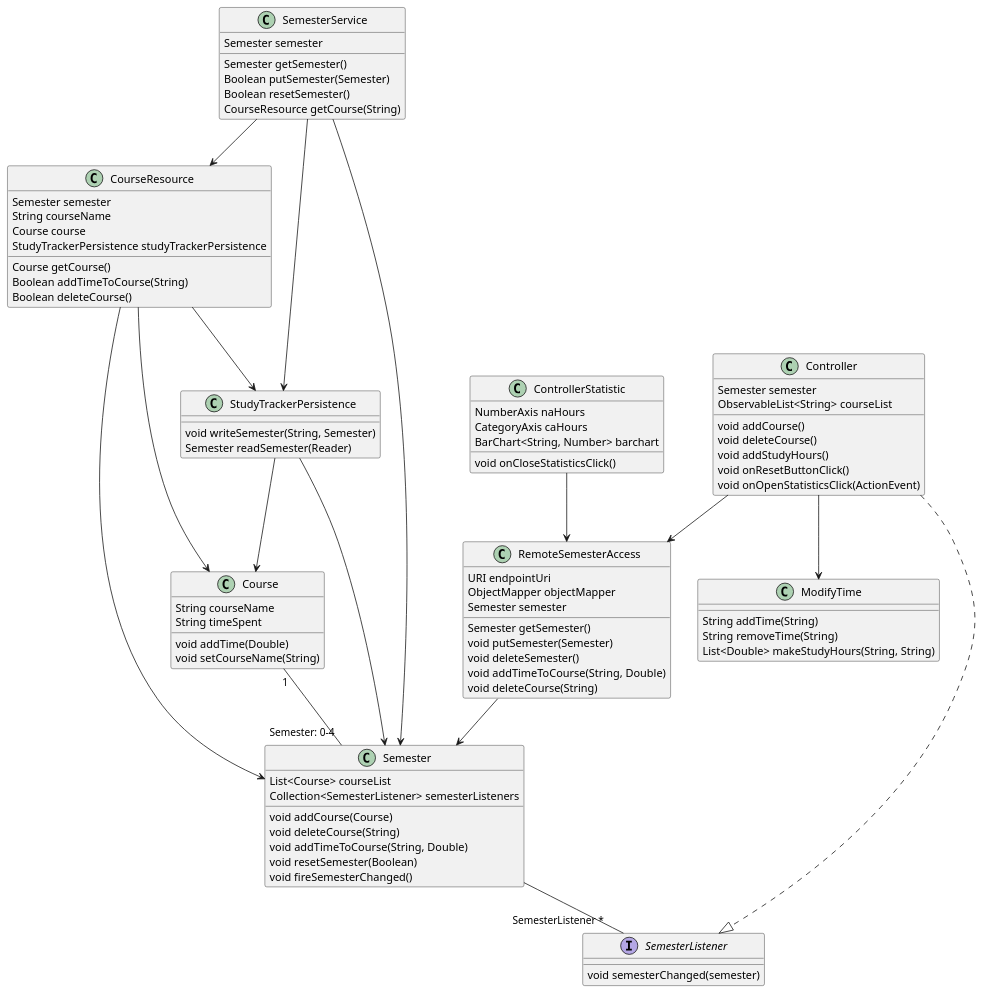
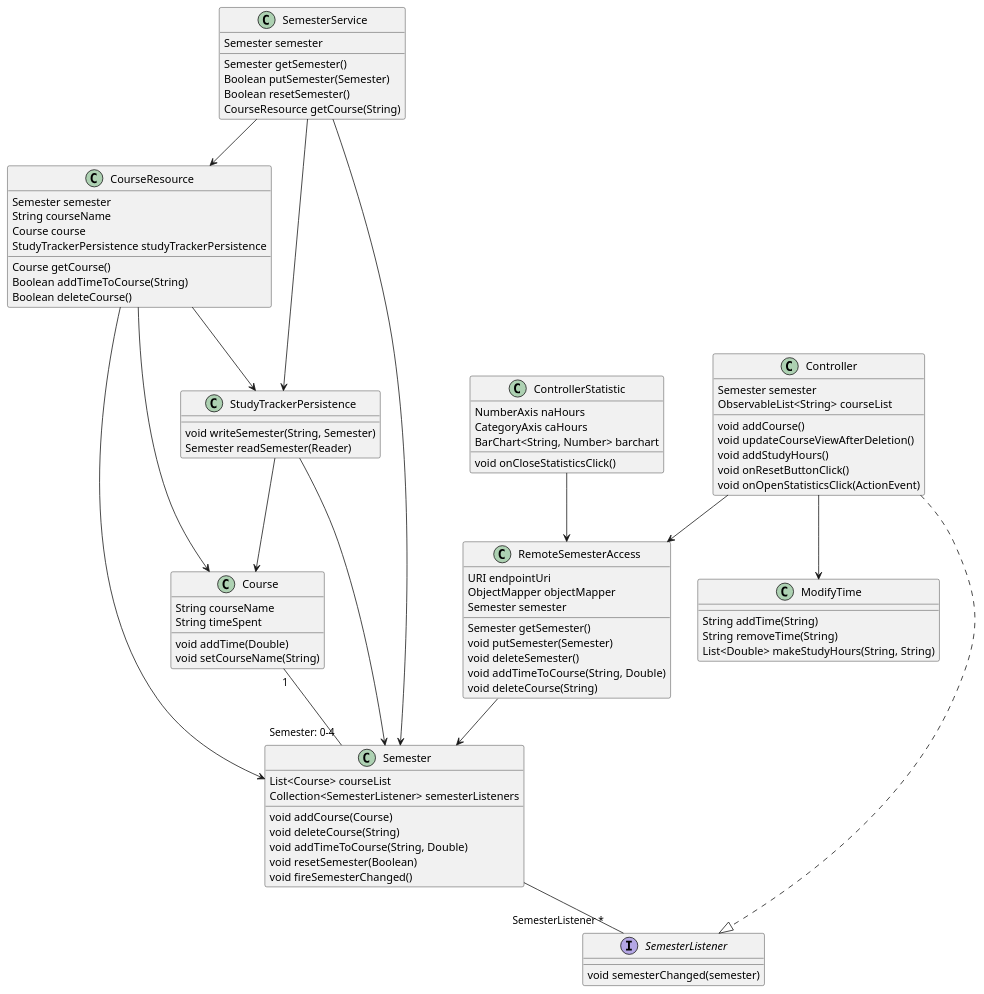
The first of 2 diagrams in IT1901/README.md (bmksimons/studytracker), drawn with PlantUML before and after one commit.

```diff
--- a/IT1901/README.md
+++ b/IT1901/README.md
@@ -128,7 +128,7 @@
 Controller : Semester semester
 Controller : ObservableList<String> courseList
 Controller : void addCourse()
-Controller : void deleteCourse()
+Controller : void updateCourseViewAfterDeletion()
 Controller : void addStudyHours()
 Controller : void onResetButtonClick()
 Controller : void onOpenStatisticsClick(ActionEvent)
```
